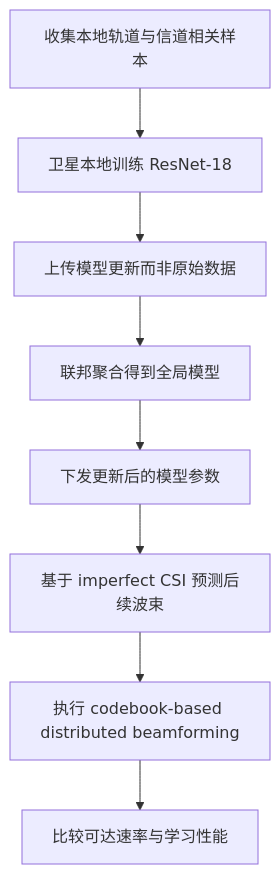
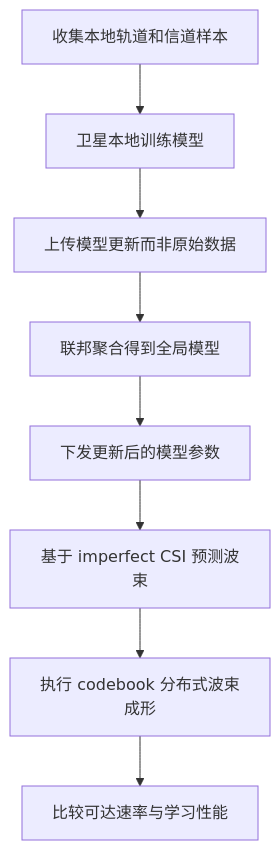
One commit to 0x78rensai-pixel/paper-reading-notes changed the second of 2 diagrams in papers/2026/2026-06-18-federated-learning-leo-distributed-beamforming/index.md. Above: the diagram before and after it, drawn with Mermaid. The commit also changed other lines of this file, not shown here.

Commit message:
fix: simplify paper note mermaid diagrams

````diff
--- a/papers/2026/2026-06-18-federated-learning-leo-distributed-beamforming/index.md
+++ b/papers/2026/2026-06-18-federated-learning-leo-distributed-beamforming/index.md
@@ -85,10 +85,10 @@
 ```mermaid
 flowchart TD
-    A[收集本地轨道与信道相关样本] --> B[卫星本地训练 ResNet-18]
+    A[收集本地轨道和信道样本] --> B[卫星本地训练模型]
     B --> C[上传模型更新而非原始数据]
     C --> D[联邦聚合得到全局模型]
     D --> E[下发更新后的模型参数]
-    E --> F[基于 imperfect CSI 预测后续波束]
-    F --> G[执行 codebook-based distributed beamforming]
+    E --> F[基于 imperfect CSI 预测波束]
+    F --> G[执行 codebook 分布式波束成形]
     G --> H[比较可达速率与学习性能]
 ```
````
